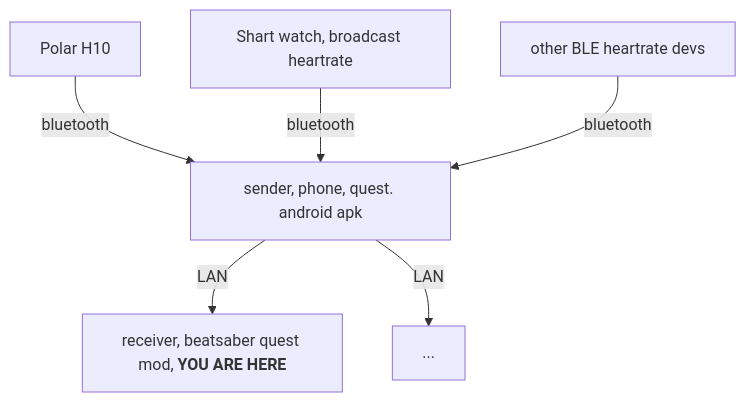
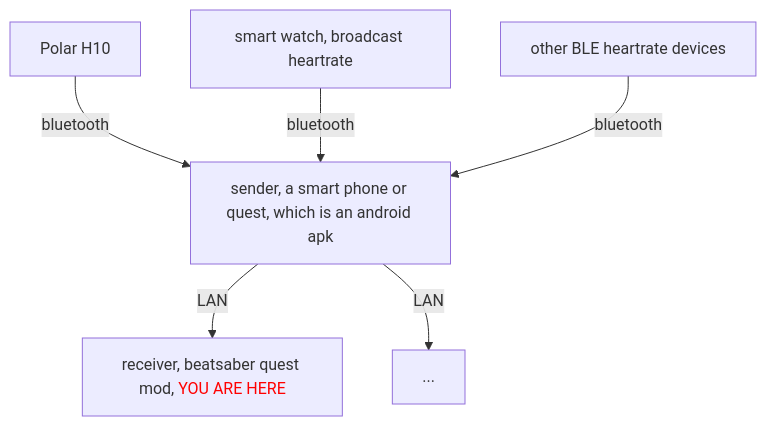
The diagram in README.md (frto027/HeartBeatLanClientBSQuest), drawn with Mermaid before and after one commit. The commit also changed other lines of this file, not shown here.

````diff
--- a/README.md
+++ b/README.md
@@ -12,14 +12,14 @@
 ```mermaid
 graph TD;
     POLAR_H10[Polar H10]
-    SMART_WATCH[Shart watch, broadcast heartrate]
-    BLE_DEV[other BLE heartrate devs]
-    PHONE[sender, phone, quest. android apk]
-    BEATSABER[receiver, beatsaber quest mod, <b>YOU ARE HERE</b>]
+    SMART_WATCH[smart watch, broadcast heartrate]
+    BLE_DEV[other BLE heartrate devices]
+    PHONE[sender, a smart phone or quest, which is an android apk]
+    BEATSABER[receiver, beatsaber quest mod, <span style="color:red">YOU ARE HERE</span>]
 
     POLAR_H10--bluetooth-->PHONE;
     SMART_WATCH--bluetooth-->PHONE;
     BLE_DEV--bluetooth-->PHONE;
     PHONE--LAN-->BEATSABER;
     PHONE--LAN-->...;
 ```
````
